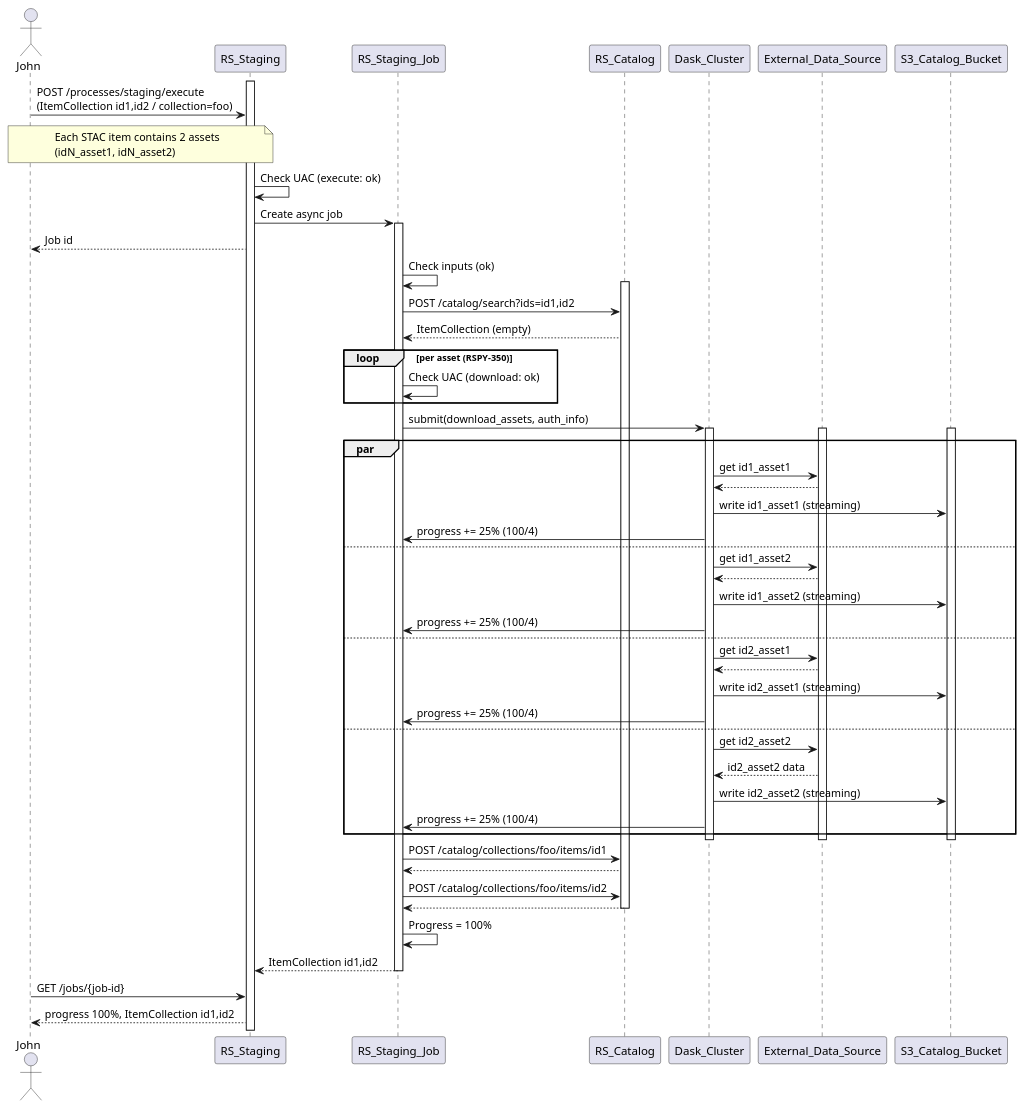
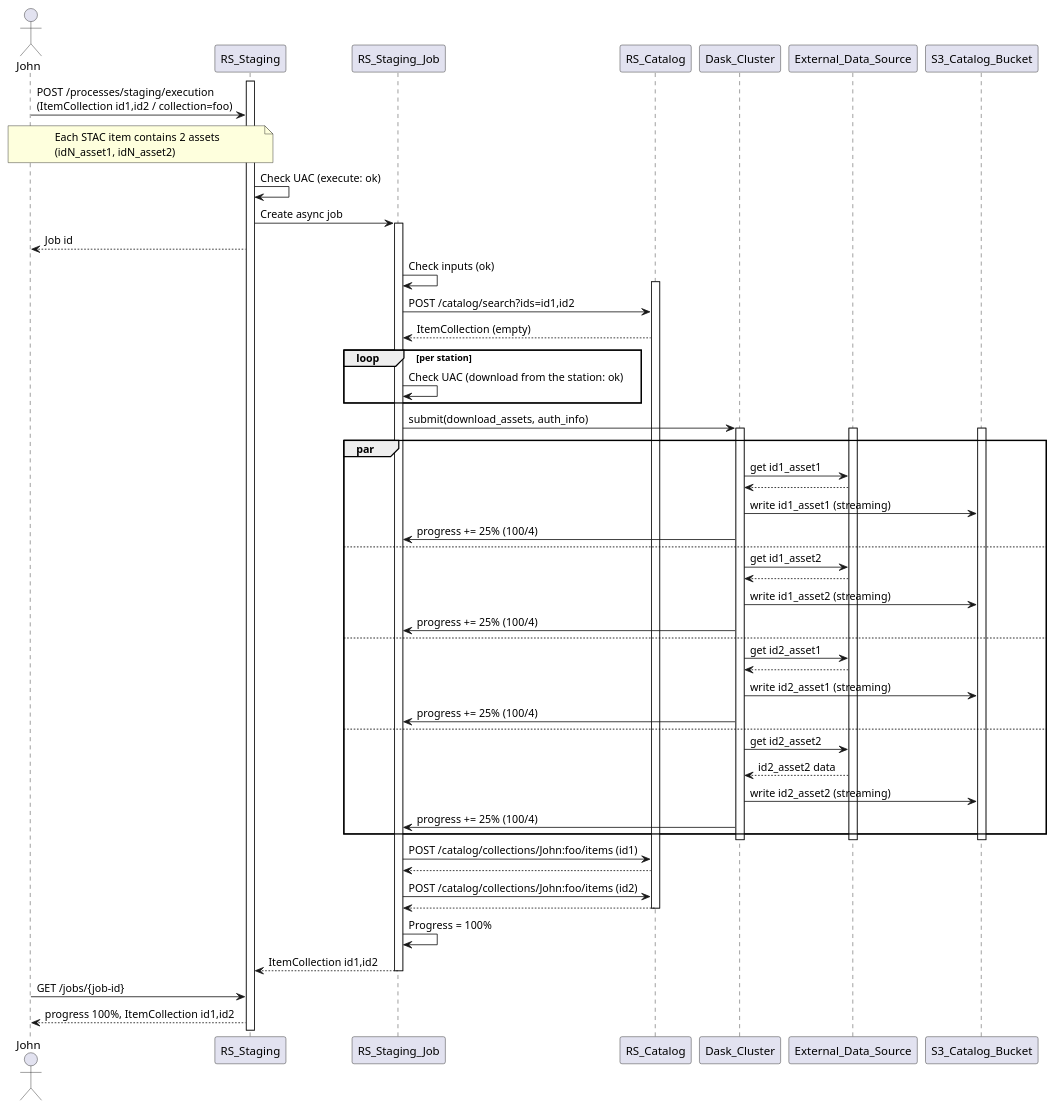
One commit to RS-PYTHON/rs-server changed the diagram in docs/uml/stac-item-staging.plantuml. Above: the diagram before and after it, drawn with PlantUML. The commit also changed 93 other files, not shown here.

```diff
--- a/docs/uml/stac-item-staging.plantuml
+++ b/docs/uml/stac-item-staging.plantuml
@@ -15,61 +15,61 @@
 @startuml stac-item-staging
 
 actor John
 activate RS_Staging
-John -> RS_Staging: POST /processes/staging/execute\n(ItemCollection id1,id2 / collection=foo)
+John -> RS_Staging: POST /processes/staging/execution\n(ItemCollection id1,id2 / collection=foo)
 note over John, RS_Staging: Each STAC item contains 2 assets\n(idN_asset1, idN_asset2)
 RS_Staging -> RS_Staging: Check UAC (execute: ok)
 RS_Staging -> RS_Staging_Job ++ : Create async job
 RS_Staging --> John: Job id
 RS_Staging_Job -> RS_Staging_Job: Check inputs (ok)
 activate RS_Catalog
 RS_Staging_Job -> RS_Catalog: POST /catalog/search?ids=id1,id2
 RS_Catalog --> RS_Staging_Job: ItemCollection (empty)
-loop per asset (RSPY-350)
-RS_Staging_Job -> RS_Staging_Job: Check UAC (download: ok)
+loop per station
+RS_Staging_Job -> RS_Staging_Job: Check UAC (download from the station: ok)
 end
 RS_Staging_Job -> Dask_Cluster ++ : submit(download_assets, auth_info)
 activate External_Data_Source
 activate S3_Catalog_Bucket
 
 par
 Dask_Cluster -> External_Data_Source: get id1_asset1
 External_Data_Source --> Dask_Cluster
 Dask_Cluster -> S3_Catalog_Bucket: write id1_asset1 (streaming)
 Dask_Cluster -> RS_Staging_Job: progress += 25% (100/4)
 else
 Dask_Cluster -> External_Data_Source: get id1_asset2
 External_Data_Source --> Dask_Cluster
 Dask_Cluster -> S3_Catalog_Bucket: write id1_asset2 (streaming)
 Dask_Cluster -> RS_Staging_Job: progress += 25% (100/4)
 else
 Dask_Cluster -> External_Data_Source: get id2_asset1
 External_Data_Source --> Dask_Cluster
 Dask_Cluster -> S3_Catalog_Bucket: write id2_asset1 (streaming)
 Dask_Cluster -> RS_Staging_Job: progress += 25% (100/4)
 else
 Dask_Cluster -> External_Data_Source: get id2_asset2
 External_Data_Source --> Dask_Cluster: id2_asset2 data
 Dask_Cluster -> S3_Catalog_Bucket: write id2_asset2 (streaming)
 Dask_Cluster -> RS_Staging_Job: progress += 25% (100/4)
 end
 
 deactivate Dask_Cluster
 deactivate External_Data_Source
 deactivate S3_Catalog_Bucket
 
-RS_Staging_Job -> RS_Catalog: POST /catalog/collections/foo/items/id1
+RS_Staging_Job -> RS_Catalog: POST /catalog/collections/John:foo/items (id1)
 RS_Catalog --> RS_Staging_Job
-RS_Staging_Job -> RS_Catalog: POST /catalog/collections/foo/items/id2
+RS_Staging_Job -> RS_Catalog: POST /catalog/collections/John:foo/items (id2)
 RS_Catalog --> RS_Staging_Job
 
 deactivate RS_Catalog
 
 RS_Staging_Job -> RS_Staging_Job: Progress = 100%
 RS_Staging_Job --> RS_Staging: ItemCollection id1,id2
 deactivate RS_Staging_Job
 
 John -> RS_Staging: GET /jobs/{job-id}
 RS_Staging --> John: progress 100%, ItemCollection id1,id2
 
 @enduml
```
